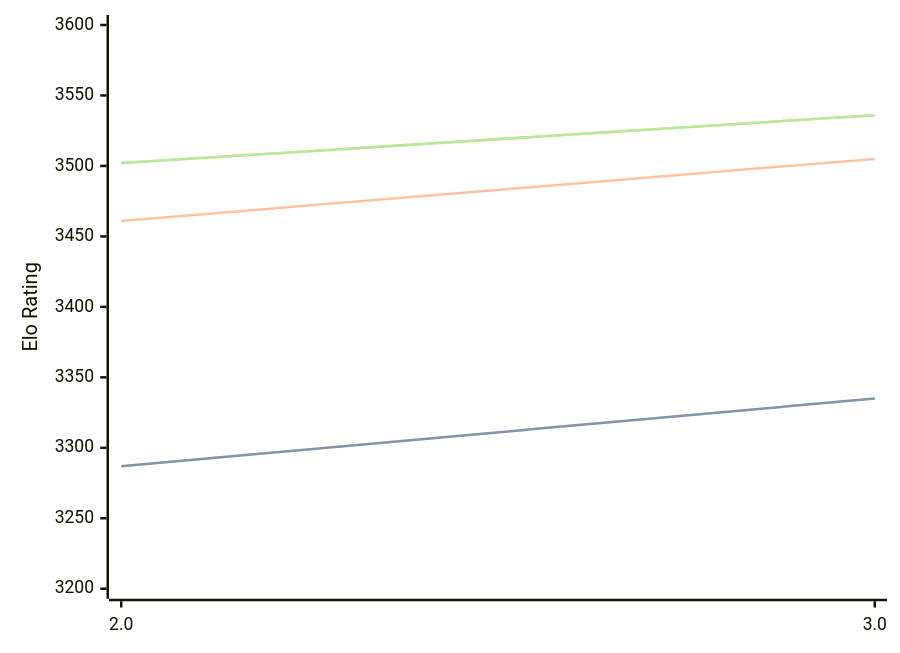
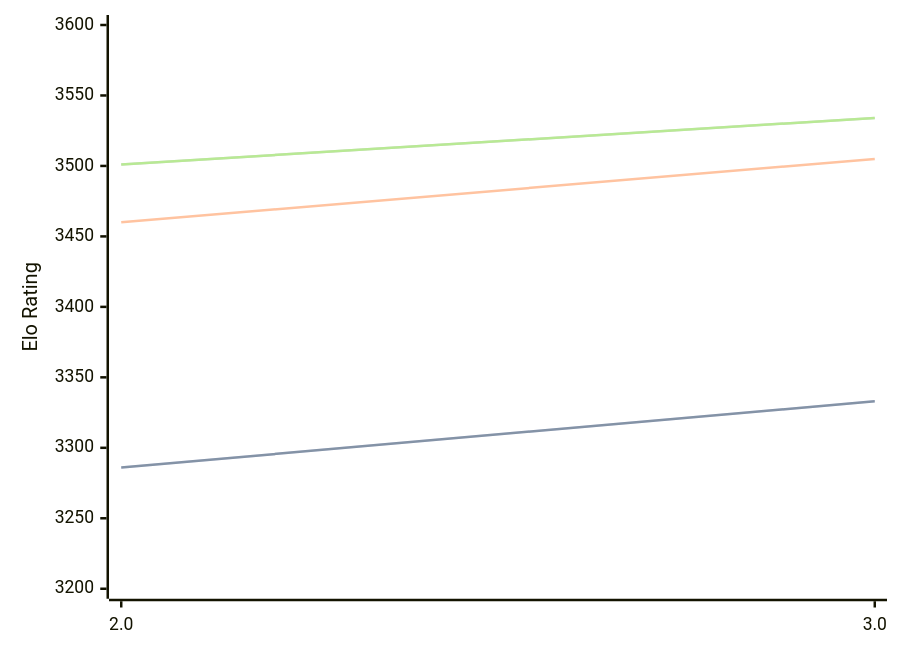
One commit to computer-chess-index/cci changed the diagram in engines/Quanticade.md. Above: the diagram before and after it, drawn with Mermaid. The commit also changed other lines of this file, not shown here.

Commit message:
Update CCI Ratings (ELO VLTC) - 2026-07-27

````diff
--- a/engines/Quanticade.md
+++ b/engines/Quanticade.md
@@ -41,11 +41,11 @@
 ```mermaid
 %%{init: {"theme":"base","themeVariables":{"seriesColors:['#a3a3a3','#222221','#faa371']}}}%%
 xychart-beta
   x-axis ["2.0", "3.0"]
   y-axis "Elo Rating" 3200 --> 3600
-  line "STC (8.0+0.08s)" [3287, 3335]
-  line "STC (8.0+0.08s)" [3287, 3335]
-  line "LTC (60.0+0.60s)" [3461, 3505]
-  line "VLTC (2m24s+1.12s)" [3502, 3536]
-  line "VLTC (2m24s+1.12s)" [3502, 3536]
+  line "STC (8.0+0.08s)" [3286, 3333]
+  line "STC (8.0+0.08s)" [3286, 3333]
+  line "LTC (60.0+0.60s)" [3460, 3505]
+  line "VLTC (2m24s+1.12s)" [3501, 3534]
+  line "VLTC (2m24s+1.12s)" [3501, 3534]
 ```
````
